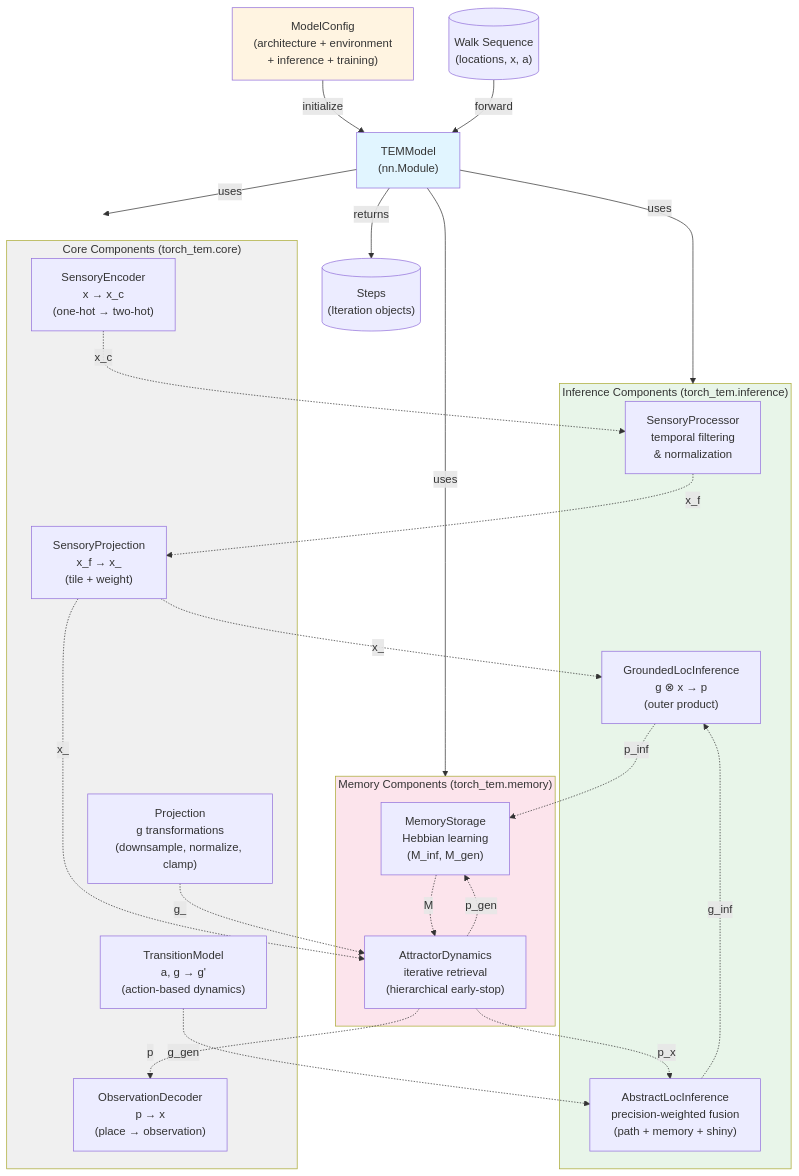
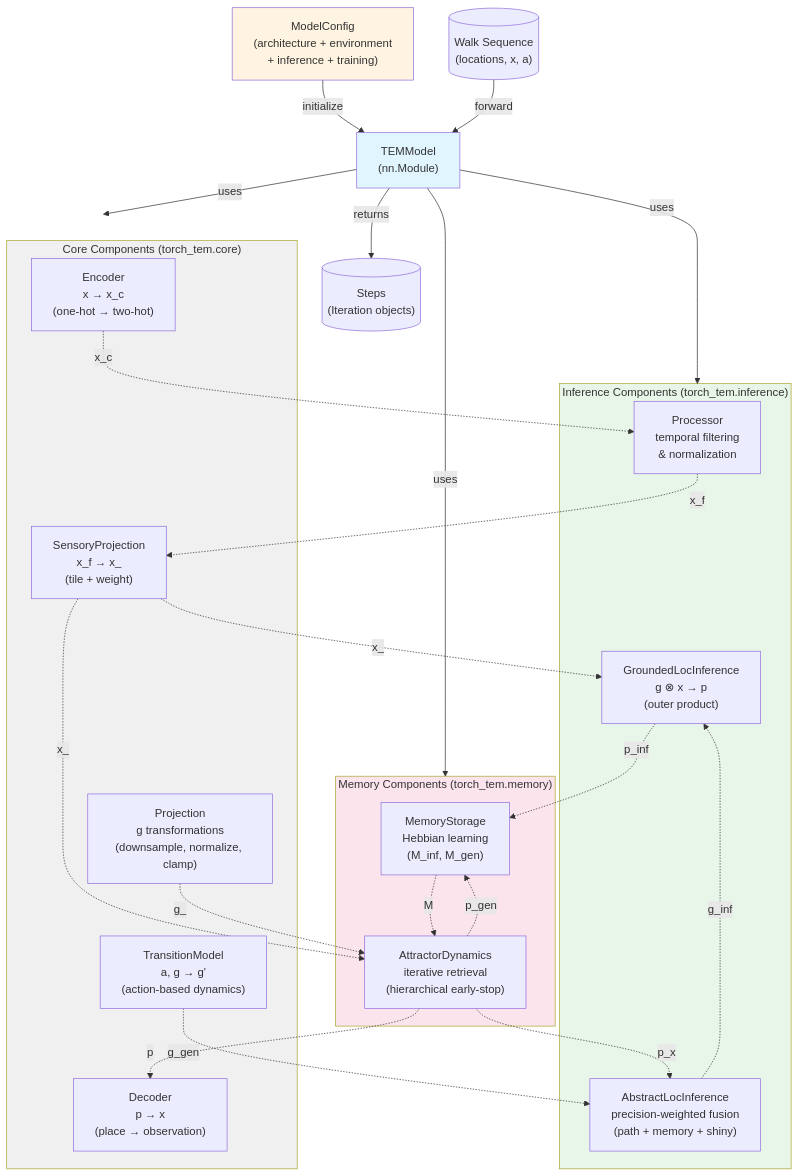
Before and after one commit to BorjaEst/tem: the diagram in docs/architecture.mmd, drawn with Mermaid. The commit also changed 2 other files, not shown here.

Commit message:
feat: Rename components in architecture and design documents for consistency

```diff
--- a/docs/architecture.mmd
+++ b/docs/architecture.mmd
@@ -1,65 +1,65 @@
 %% Tolman-Eichenbaum Machine (TEM) - Overall Architecture
 graph TB
     %% Input/Output
     Walk[("Walk Sequence<br/>(locations, x, a)")]
     Steps[("Steps<br/>(Iteration objects)")]
     
     %% Main Model
     TEMModel["TEMModel<br/>(nn.Module)"]
     
     %% Configuration
     Config["ModelConfig<br/>(architecture + environment<br/>+ inference + training)"]
     
     %% Core Components
     subgraph Core["Core Components (torch_tem.core)"]
-        Encoder["SensoryEncoder<br/>x → x_c<br/>(one-hot → two-hot)"]
-        Decoder["ObservationDecoder<br/>p → x<br/>(place → observation)"]
+        Encoder["Encoder<br/>x → x_c<br/>(one-hot → two-hot)"]
+        Decoder["Decoder<br/>p → x<br/>(place → observation)"]
         Projection["Projection<br/>g transformations<br/>(downsample, normalize, clamp)"]
         Tiling["SensoryProjection<br/>x_f → x_<br/>(tile + weight)"]
         Transition["TransitionModel<br/>a, g → g'<br/>(action-based dynamics)"]
     end
     
     %% Inference Components
     subgraph Inference["Inference Components (torch_tem.inference)"]
-        Sensory["SensoryProcessor<br/>temporal filtering<br/>& normalization"]
+        Sensory["Processor<br/>temporal filtering<br/>& normalization"]
         Grounded["GroundedLocInference<br/>g ⊗ x → p<br/>(outer product)"]
         Abstract["AbstractLocInference<br/>precision-weighted fusion<br/>(path + memory + shiny)"]
     end
     
     %% Memory Components
     subgraph Memory["Memory Components (torch_tem.memory)"]
         Storage["MemoryStorage<br/>Hebbian learning<br/>(M_inf, M_gen)"]
         Attractor["AttractorDynamics<br/>iterative retrieval<br/>(hierarchical early-stop)"]
     end
     
     %% Data Flow
     Config -->|initialize| TEMModel
     Walk -->|forward| TEMModel
     TEMModel -->|returns| Steps
     
     TEMModel -->|uses| Core
     TEMModel -->|uses| Inference
     TEMModel -->|uses| Memory
     
     %% Component Dependencies
     Encoder -.->|x_c| Sensory
     Sensory -.->|x_f| Tiling
     Tiling -.->|x_| Grounded
     Tiling -.->|x_| Attractor
     
     Transition -.->|g_gen| Abstract
     Attractor -.->|p_x| Abstract
     Abstract -.->|g_inf| Grounded
     
     Grounded -.->|p_inf| Storage
     Attractor -.->|p_gen| Storage
     Storage -.->|M| Attractor
     
     Projection -.->|g_| Attractor
     Attractor -.->|p| Decoder
 
     style TEMModel fill:#e1f5ff
     style Config fill:#fff4e1
     style Core fill:#f0f0f0
     style Inference fill:#e8f5e9
     style Memory fill:#fce4ec
```
